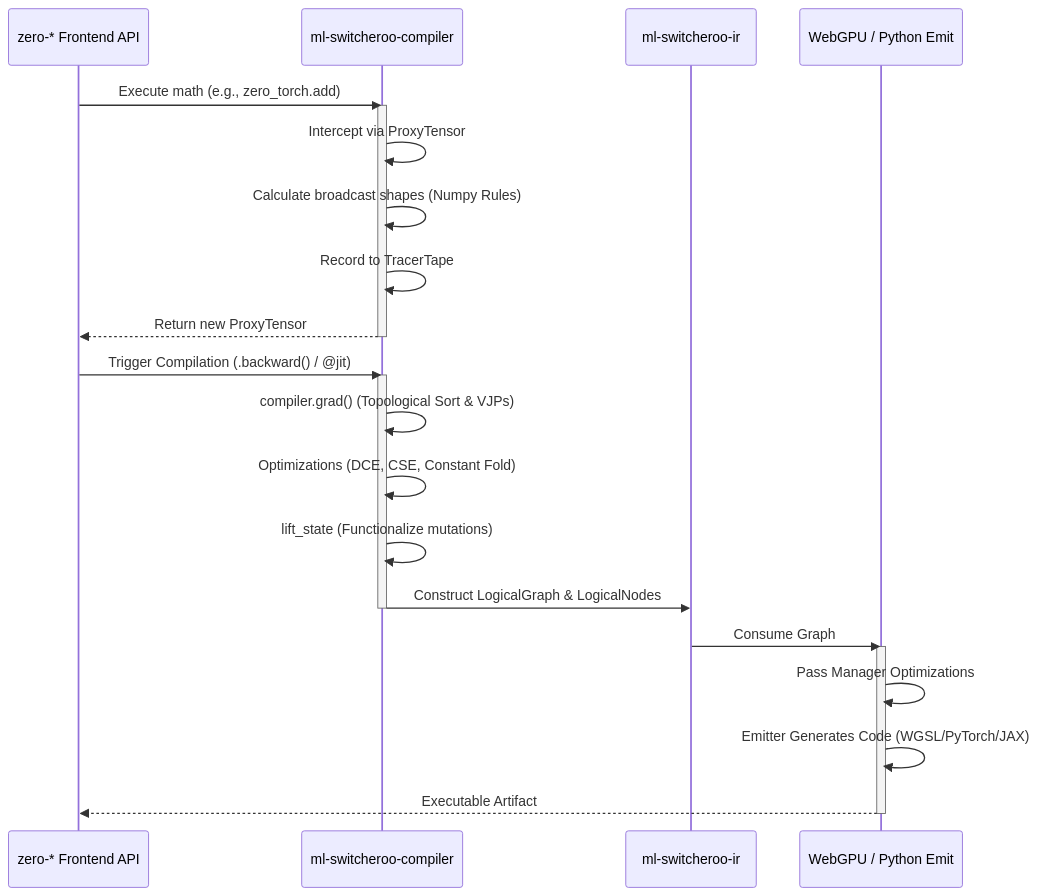
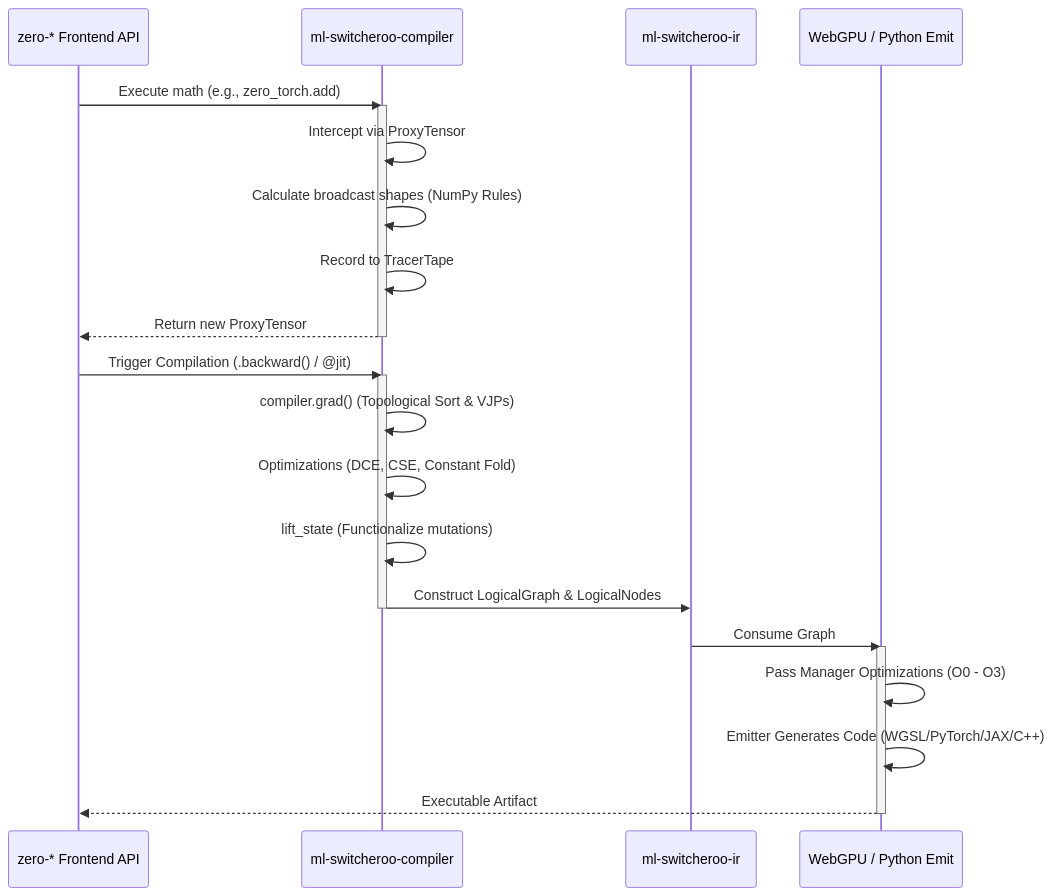
One commit to SamuelMarks/ml-switcheroo-compiler changed the fifth of 5 diagrams in ARCHITECTURE.md. Above: the diagram before and after it, drawn with Mermaid. The commit also changed other lines of this file and 6 other files, not shown here.

First line of the commit message:
Synchronize architecture and tensor specifications, adopt field factories, and update dev snapshot source

````diff
--- a/ARCHITECTURE.md
+++ b/ARCHITECTURE.md
@@ -216,30 +328,30 @@
 ```mermaid
 sequenceDiagram
     participant User as zero-* Frontend API
     participant Compiler as ml-switcheroo-compiler
     participant IR as ml-switcheroo-ir
     participant Backend as WebGPU / Python Emit
 
     User->>Compiler: Execute math (e.g., zero_torch.add)
     activate Compiler
     Compiler->>Compiler: Intercept via ProxyTensor
-    Compiler->>Compiler: Calculate broadcast shapes (Numpy Rules)
+    Compiler->>Compiler: Calculate broadcast shapes (NumPy Rules)
     Compiler->>Compiler: Record to TracerTape
     Compiler-->>User: Return new ProxyTensor
     deactivate Compiler
 
     User->>Compiler: Trigger Compilation (.backward() / @jit)
     activate Compiler
     Compiler->>Compiler: compiler.grad() (Topological Sort & VJPs)
     Compiler->>Compiler: Optimizations (DCE, CSE, Constant Fold)
     Compiler->>Compiler: lift_state (Functionalize mutations)
     Compiler->>IR: Construct LogicalGraph & LogicalNodes
     deactivate Compiler
 
     IR->>Backend: Consume Graph
     activate Backend
-    Backend->>Backend: Pass Manager Optimizations
-    Backend->>Backend: Emitter Generates Code (WGSL/PyTorch/JAX)
+    Backend->>Backend: Pass Manager Optimizations (O0 - O3)
+    Backend->>Backend: Emitter Generates Code (WGSL/PyTorch/JAX/C++)
     Backend-->>User: Executable Artifact
     deactivate Backend
 ```
````
